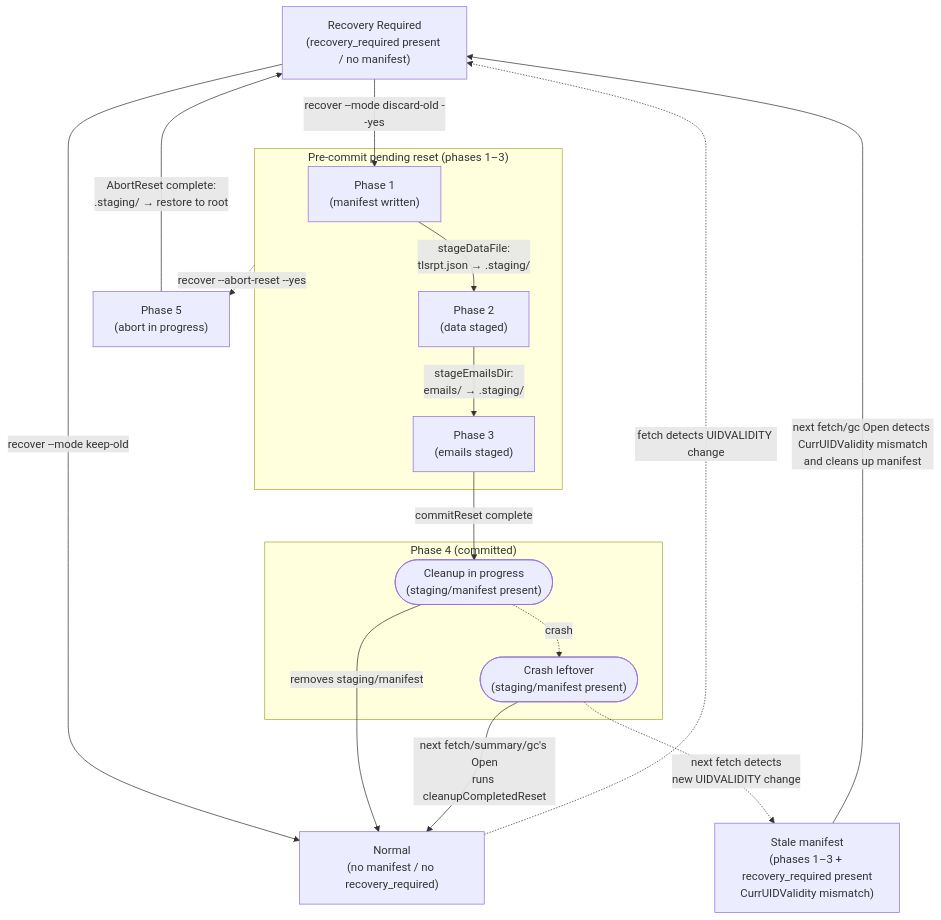
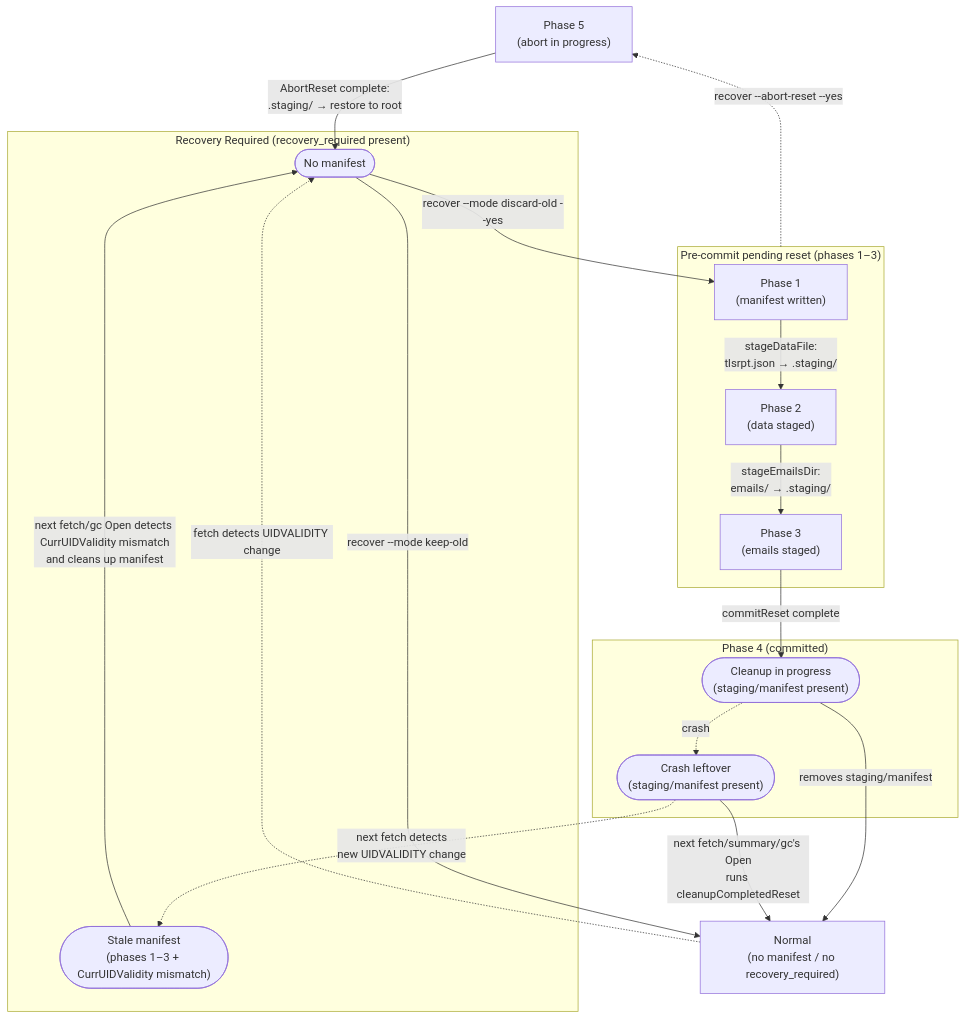
One commit to isseis/tlsrpt-digest changed the diagram in docs/dev/adr/0003_reset_phase_design.md. Above: the diagram before and after it, drawn with Mermaid. The commit also changed other lines of this file, not shown here.

Commit message:
docs(adr): translate RecoveryReq subgraph restructure to English (ADR-0003)
Group Recovery Required (RR) and Stale manifest (StaleM) nodes into a
shared RecoveryReq subgraph to clarify both share recovery_required set.
Both rendered as stadium shapes. Simplify node labels since the subgraph
label provides the recovery_required context. Update legend accordingly.

````diff
--- a/docs/dev/adr/0003_reset_phase_design.md
+++ b/docs/dev/adr/0003_reset_phase_design.md
@@ -89,33 +89,36 @@
 ```mermaid
 flowchart TD
-    RR["Recovery Required<br>(recovery_required present / no manifest)"]
     P5["Phase 5<br>(abort in progress)"]
+
+    subgraph RecoveryReq["Recovery Required (recovery_required present)"]
+        RR(["No manifest"])
+        StaleM(["Stale manifest<br>(phases 1–3 + CurrUIDValidity mismatch)"])
+    end
 
     subgraph PendingReset["Pre-commit pending reset (phases 1–3)"]
         P1["Phase 1<br>(manifest written)"]
         P2["Phase 2<br>(data staged)"]
         P3["Phase 3<br>(emails staged)"]
     end
 
     subgraph Phase4["Phase 4 (committed)"]
         P4a(["Cleanup in progress<br>(staging/manifest present)"])
         P4b(["Crash leftover<br>(staging/manifest present)"])
     end
 
-    StaleM["Stale manifest<br>(phases 1–3 + recovery_required present<br>CurrUIDValidity mismatch)"]
     Normal["Normal<br>(no manifest / no recovery_required)"]
 
     RR -->|"recover --mode keep-old"| Normal
     RR -->|"recover --mode discard-old --yes"| P1
     P1 -->|"stageDataFile:<br>tlsrpt.json → .staging/"| P2
     P2 -->|"stageEmailsDir:<br>emails/ → .staging/"| P3
     P3 -->|"commitReset complete"| P4a
     P4a -->|"removes staging/manifest"| Normal
     P4a -.->|"crash"| P4b
     P4b -->|"next fetch/summary/gc's Open<br>runs cleanupCompletedReset"| Normal
     P4b -.->|"next fetch detects<br>new UIDVALIDITY change"| StaleM
     StaleM -->|"next fetch/gc Open detects CurrUIDValidity mismatch<br>and cleans up manifest"| RR
     PendingReset -.->|"recover --abort-reset --yes"| P5
     P5 -->|"AbortReset complete:<br>.staging/ → restore to root"| RR
     Normal -.->|"fetch detects UIDVALIDITY change"| RR
 ```
````
